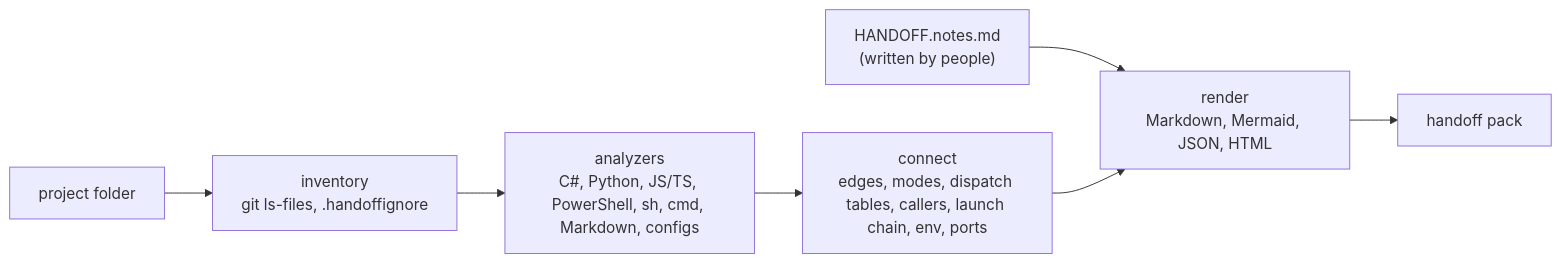
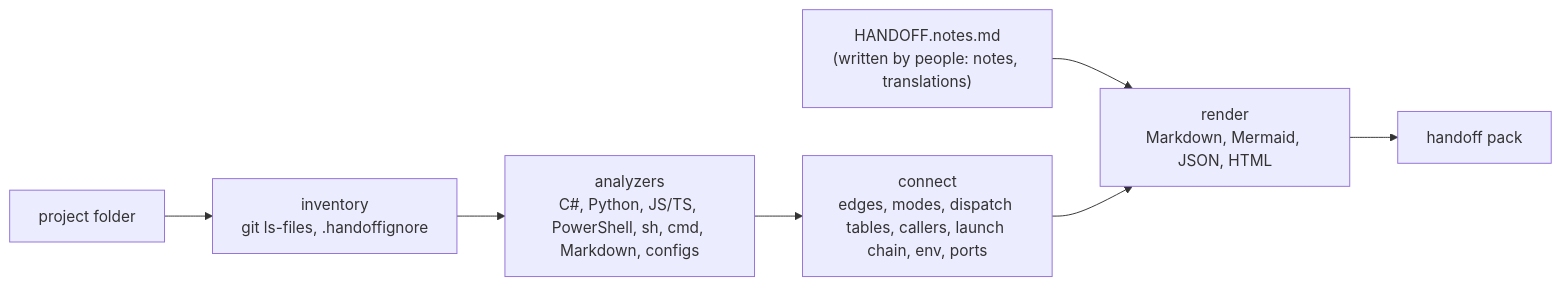
Before and after one commit to unkkyuist/HandOff247: the diagram in README.md, drawn with Mermaid. The commit also changed other lines of this file and 46 other files, not shown here.

````diff
--- a/README.md
+++ b/README.md
@@ -65,9 +66,9 @@
 ```mermaid
 flowchart LR
   A["project folder"] --> B["inventory<br/>git ls-files, .handoffignore"]
   B --> C["analyzers<br/>C#, Python, JS/TS, PowerShell, sh, cmd, Markdown, configs"]
   C --> D["connect<br/>edges, modes, dispatch tables, callers, launch chain, env, ports"]
-  N["HANDOFF.notes.md<br/>(written by people)"] --> E
+  N["HANDOFF.notes.md<br/>(written by people: notes, translations)"] --> E
   D --> E["render<br/>Markdown, Mermaid, JSON, HTML"]
   E --> F["handoff pack"]
 ```
````
